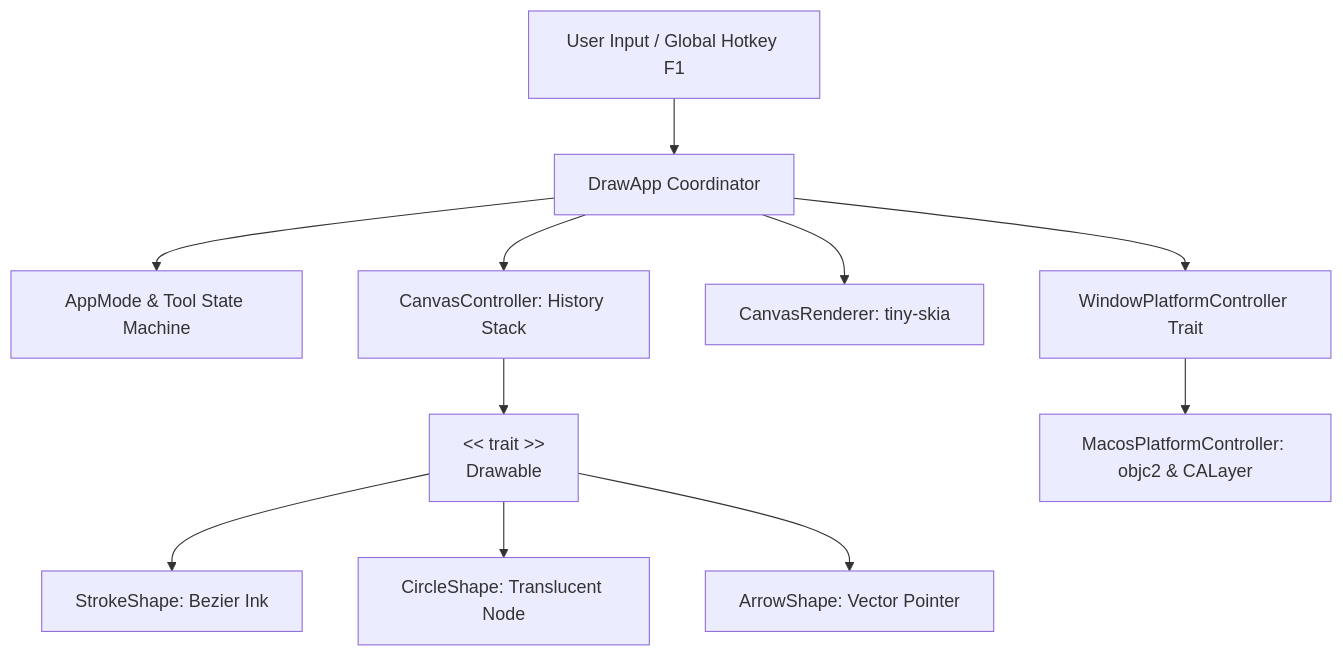
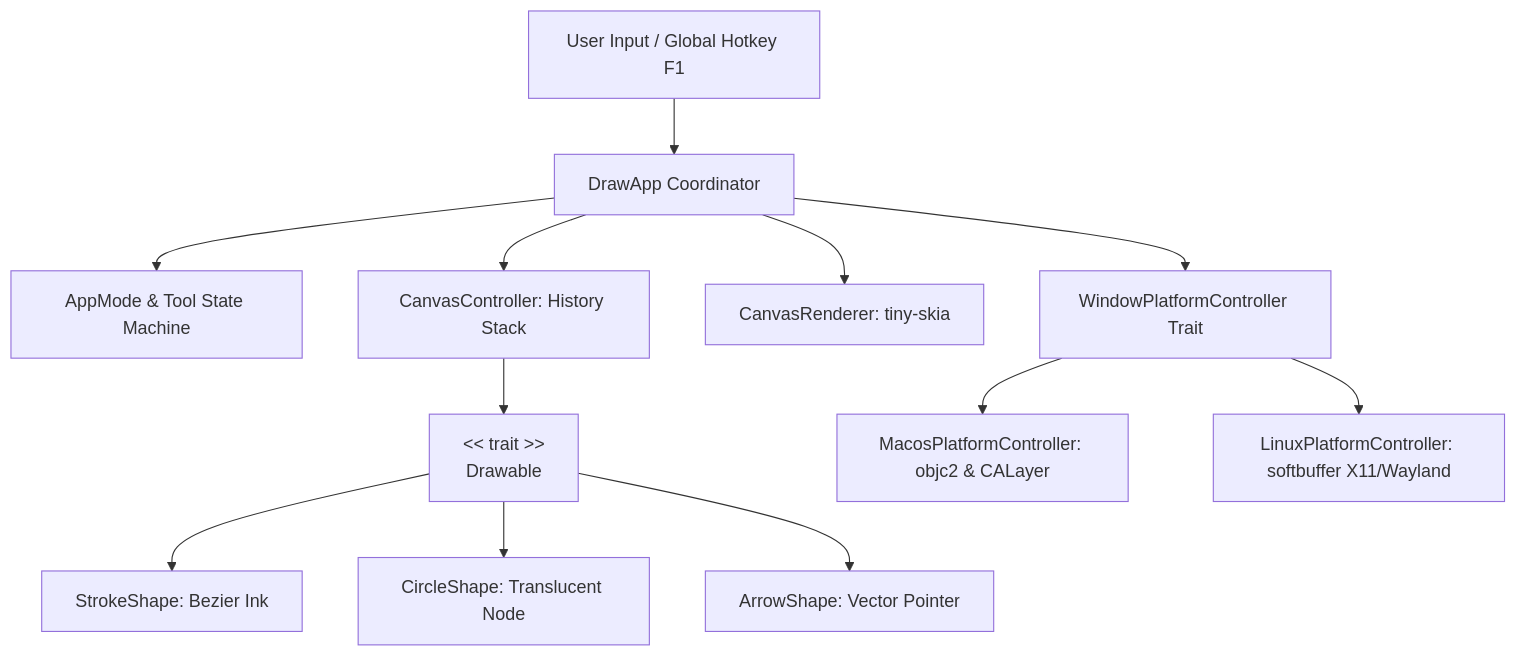
The diagram in README.md (adrian-lin-1-0-0/draw-rs), drawn with Mermaid before and after one commit. The commit also changed other lines of this file and 10 other files, not shown here.

First line of the commit message:
feat: add native Linux support with softbuffer and adjust README reading flow

````diff
--- a/README.md
+++ b/README.md
@@ -100,13 +219,14 @@
 ```mermaid
 graph TD
     UserEvent[User Input / Global Hotkey F1] --> App[DrawApp Coordinator]
     App --> StateMachine[AppMode & Tool State Machine]
     App --> Controller[CanvasController: History Stack]
     Controller --> Trait[<< trait >>\nDrawable]
     Trait --> Stroke[StrokeShape: Bezier Ink]
     Trait --> Circle[CircleShape: Translucent Node]
     Trait --> Arrow[ArrowShape: Vector Pointer]
     App --> Renderer[CanvasRenderer: tiny-skia]
     App --> Platform[WindowPlatformController Trait]
     Platform --> MacosPlatform[MacosPlatformController: objc2 & CALayer]
+    Platform --> LinuxPlatform[LinuxPlatformController: softbuffer X11/Wayland]
 ```
````
